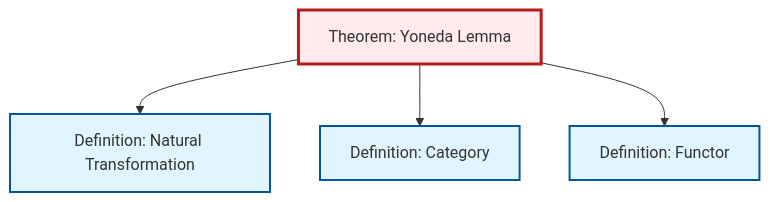
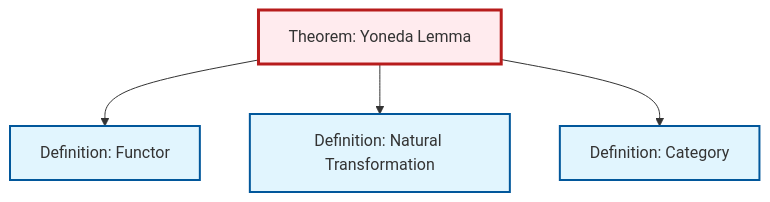
Before and after one commit to RK0429/ModernMath: the diagram in content/en/category-theory/thm-yoneda.qmd, drawn with Mermaid. The commit also changed other lines of this file and 634 other files, not shown here.

````diff
--- a/content/en/category-theory/thm-yoneda.qmd
+++ b/content/en/category-theory/thm-yoneda.qmd
@@ -88,20 +88,20 @@
 ```{mermaid}
 %%| fig-cap: "Local dependency graph"
 graph TD
     classDef definition fill:#e1f5fe,stroke:#01579b,stroke-width:2px
     classDef theorem fill:#f3e5f5,stroke:#4a148c,stroke-width:2px
     classDef axiom fill:#fff3e0,stroke:#e65100,stroke-width:2px
     classDef example fill:#e8f5e9,stroke:#1b5e20,stroke-width:2px
     classDef current fill:#ffebee,stroke:#b71c1c,stroke-width:3px
+    def-category["Definition: Category"]:::definition
     def-natural-transformation["Definition: Natural Transformation"]:::definition
+    def-functor["Definition: Functor"]:::definition
     thm-yoneda["Theorem: Yoneda Lemma"]:::theorem
-    def-category["Definition: Category"]:::definition
-    def-functor["Definition: Functor"]:::definition
+    thm-yoneda --> def-functor
     thm-yoneda --> def-natural-transformation
     thm-yoneda --> def-category
-    thm-yoneda --> def-functor
     class thm-yoneda current
+    click def-category "def-category.html" "Go to Category definition"
     click def-natural-transformation "def-natural-transformation.html" "Go to Natural Transformation definition"
-    click def-category "def-category.html" "Go to Category definition"
     click def-functor "def-functor.html" "Go to Functor definition"
 ```
````
